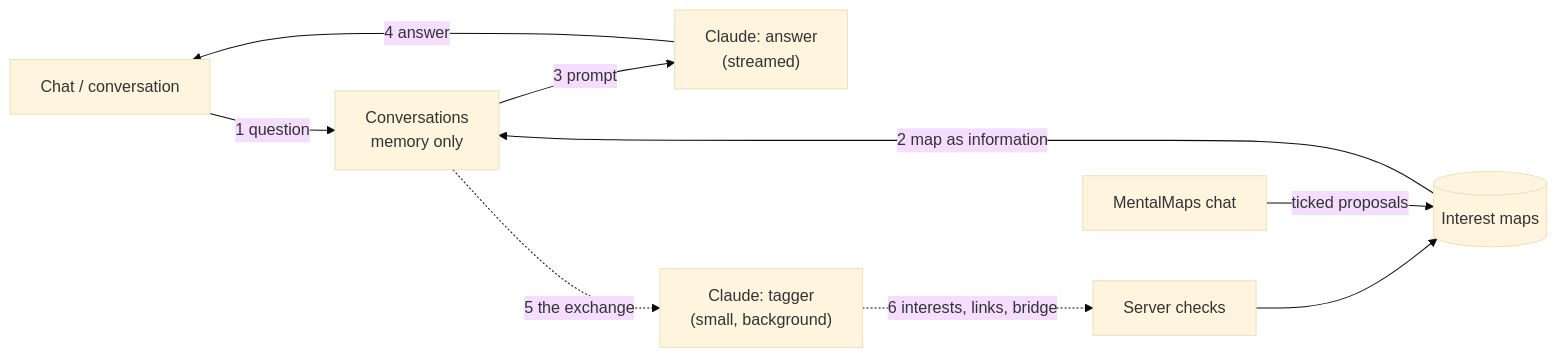
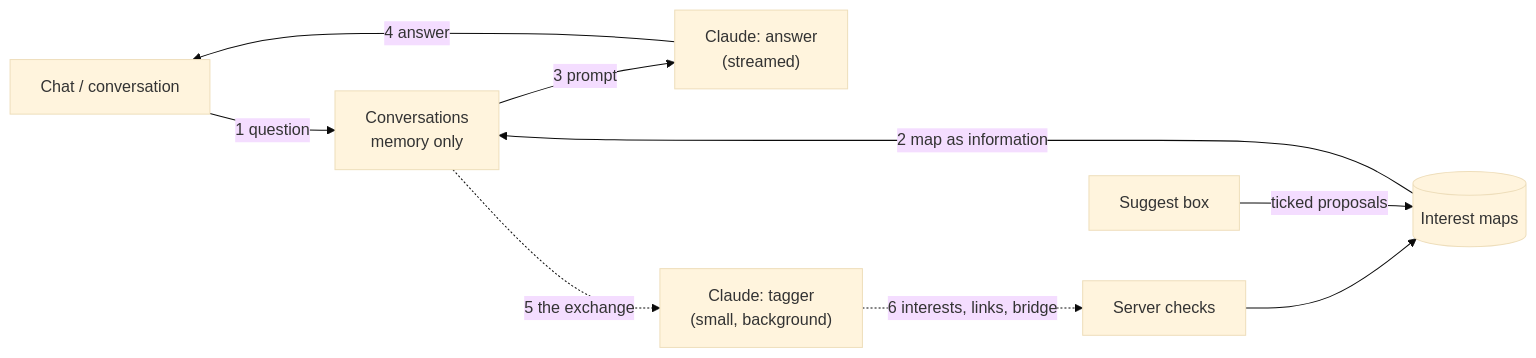
Before and after one commit to torenunez/lerni: the second of 2 diagrams in docs/ARCHITECTURE.md, drawn with Mermaid (base theme). The commit also changed other lines of this file and 23 other files, not shown here.

````diff
--- a/docs/ARCHITECTURE.md
+++ b/docs/ARCHITECTURE.md
@@ -36,10 +36,10 @@
 ```mermaid
 flowchart LR
     screen["Chat / conversation"] -- "1 question" --> convo["Conversations<br/>memory only"]
     maps[("Interest maps")] -- "2 map as information" --> convo
     convo -- "3 prompt" --> claude["Claude: answer<br/>(streamed)"]
     claude -- "4 answer" --> screen
     convo -. "5 the exchange" .-> tagger["Claude: tagger<br/>(small, background)"]
     tagger -. "6 interests, links, bridge" .-> check["Server checks"] --> maps
-    edev["MentalMaps chat"] -- "ticked proposals" --> maps
+    edev["Suggest box"] -- "ticked proposals" --> maps
 ```
````
